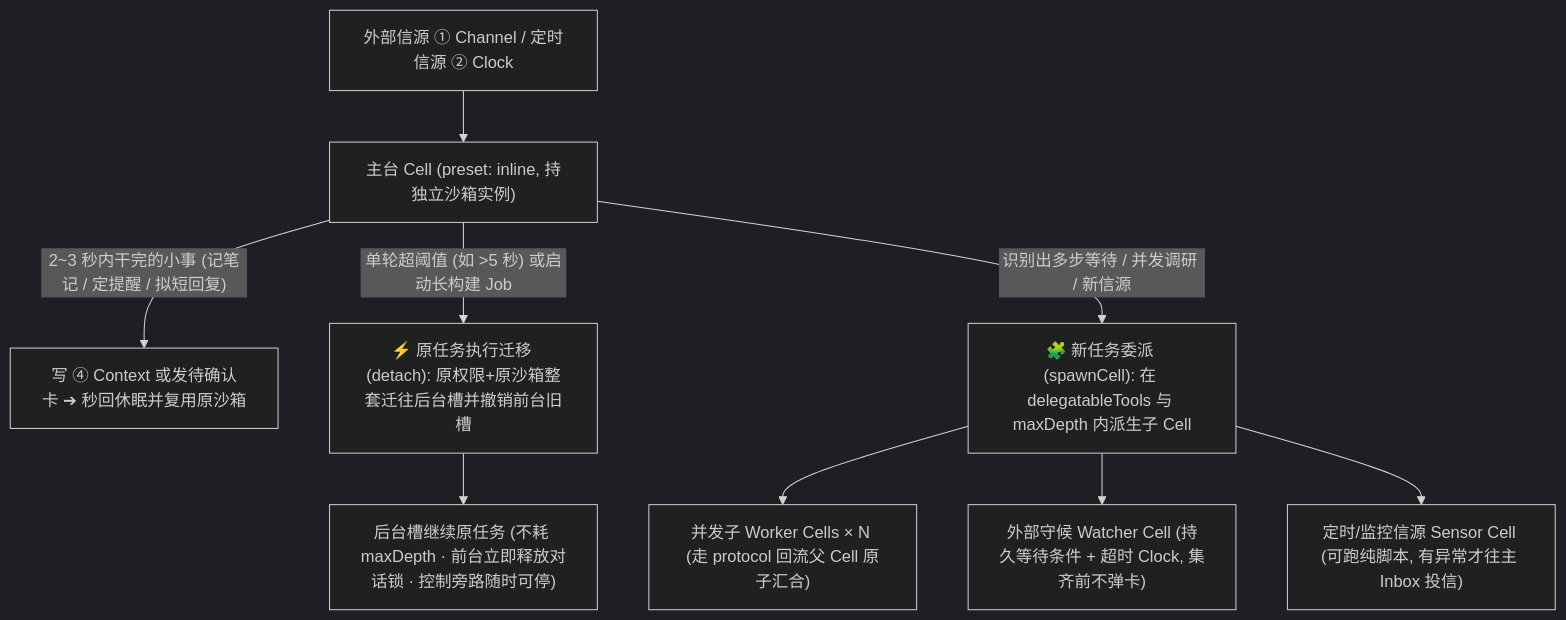
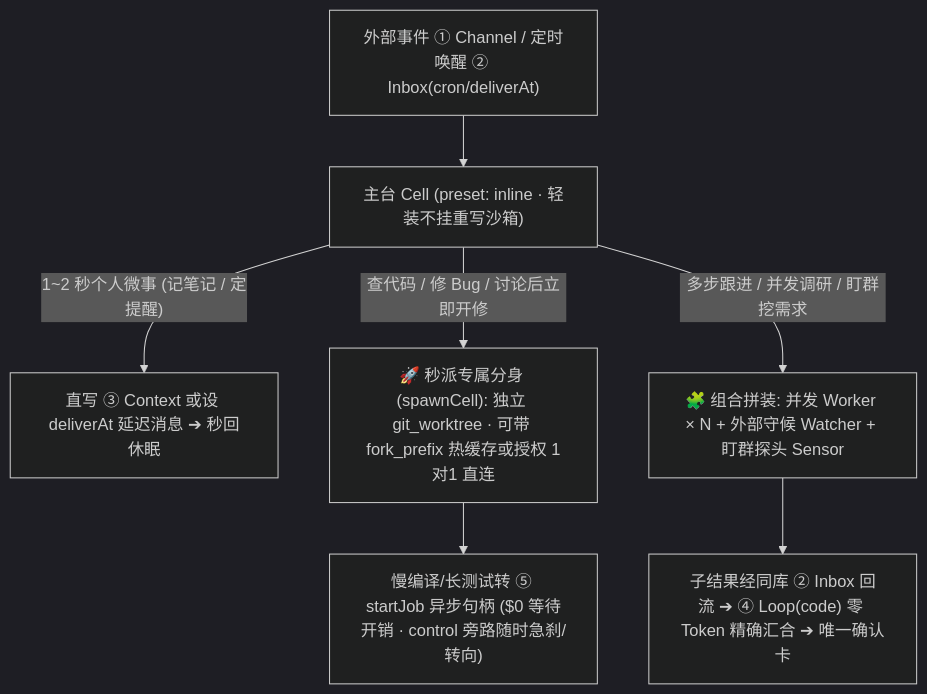
One commit to project-aoi/ng-agents changed the diagram in docs/02-atomic-kernel-architecture.md. Above: the diagram before and after it, drawn with Mermaid (dark theme). The commit also changed other lines of this file and 3 other files, not shown here.

Commit message:
docs: simplify kernel to 6 primitives + Cell and drop mid-run detach

````diff
--- a/docs/02-atomic-kernel-architecture.md
+++ b/docs/02-atomic-kernel-architecture.md
@@ -241,13 +220,11 @@
 ```mermaid
 flowchart TB
-    In["外部信源 ① Channel / 定时信源 ② Clock"] --> Main["主台 Cell (preset: inline, 持独立沙箱实例)"]
+    In["外部事件 ① Channel / 定时唤醒 ② Inbox(cron/deliverAt)"] --> Main["主台 Cell (preset: inline · 轻装不挂重写沙箱)"]
 
-    Main -->|"2~3 秒内干完的小事 (记笔记 / 定提醒 / 拟短回复)"| Fast["写 ④ Context 或发待确认卡 ➔ 秒回休眠并复用原沙箱"]
-    Main -->|"单轮超阈值 (如 >5 秒) 或启动长构建 Job"| Detach["⚡ 原任务执行迁移 (detach): 原权限+原沙箱整套迁往后台槽并撤销前台旧槽"]
-    Main -->|"识别出多步等待 / 并发调研 / 新信源"| Dyn["🧩 新任务委派 (spawnCell): 在 delegatableTools 与 maxDepth 内派生子 Cell"]
+    Main -->|"1~2 秒个人微事 (记笔记 / 定提醒)"| Fast["直写 ③ Context 或设 deliverAt 延迟消息 ➔ 秒回休眠"]
+    Main -->|"查代码 / 修 Bug / 讨论后立即开修"| SpawnOne["🚀 秒派专属分身 (spawnCell): 独立 git_worktree · 可带 fork_prefix 热缓存或授权 1对1 直连"]
+    Main -->|"多步跟进 / 并发调研 / 盯群挖需求"| SpawnMulti["🧩 组合拼装: 并发 Worker × N + 外部守候 Watcher + 盯群探头 Sensor"]
 
-    Detach --> Bg["后台槽继续原任务 (不耗 maxDepth · 前台立即释放对话锁 · 控制旁路随时可停)"]
-    Dyn --> W1["并发子 Worker Cells × N (走 protocol 回流父 Cell 原子汇合)"]
-    Dyn --> W2["外部守候 Watcher Cell (持久等待条件 + 超时 Clock, 集齐前不弹卡)"]
-    Dyn --> W3["定时/监控信源 Sensor Cell (可跑纯脚本, 有异常才往主 Inbox 投信)"]
+    SpawnOne --> Job["慢编译/长测试转 ⑤ startJob 异步句柄 ($0 等待开销 · control 旁路随时急刹/转向)"]
+    SpawnMulti --> Join["子结果经同库 ② Inbox 回流 ➔ ④ Loop(code) 零 Token 精确汇合 ➔ 唯一确认卡"]
 ```
````
